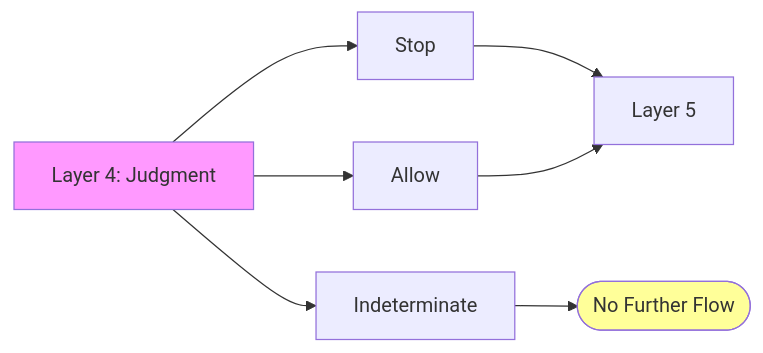
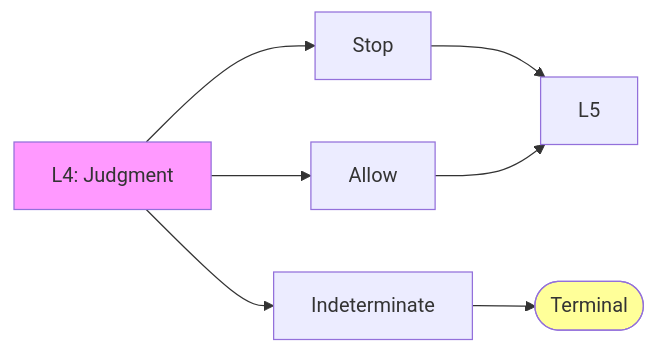
Before and after one commit to Nick-heo-eg/ajt-judgment-flow-demo: the second of 6 diagrams in README.md, drawn with Mermaid. The commit also changed other lines of this file, not shown here.

First line of the commit message:
fix: shorten labels to prevent text overflow in diagrams

````diff
--- a/README.md
+++ b/README.md
@@ -61,13 +61,13 @@
 ```mermaid
 graph LR
-    L4[Layer 4: Judgment] --> Stop
+    L4[L4: Judgment] --> Stop
     L4 --> Allow
     L4 --> Indeterminate
 
-    Stop --> L5[Layer 5]
+    Stop --> L5[L5]
     Allow --> L5
-    Indeterminate --> Terminal([No Further Flow])
+    Indeterminate --> Terminal([Terminal])
 
     style L4 fill:#f9f
     style Terminal fill:#ff9
 ```
````
